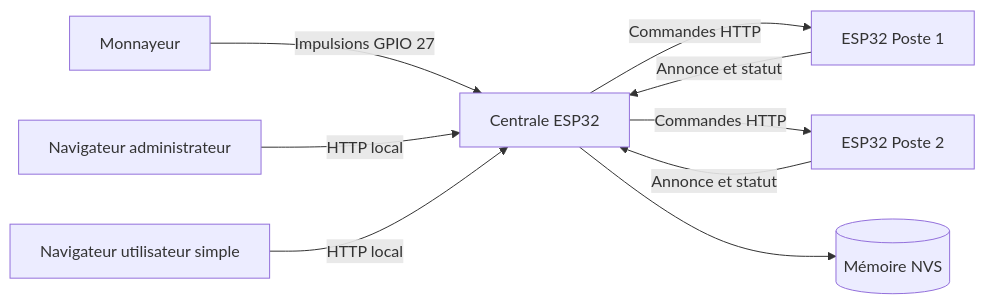
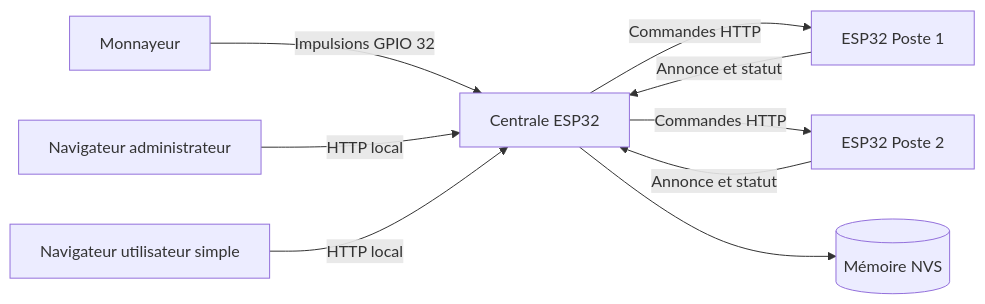
The diagram in central-esp32/README.md (abdelazizmezri/esp32-monnayeur-central-gameroom), drawn with Mermaid before and after one commit. The commit also changed other lines of this file and 1 other file, not shown here.

````diff
--- a/central-esp32/README.md
+++ b/central-esp32/README.md
@@ -46,11 +46,11 @@
 ```mermaid
 flowchart LR
-    Coin[Monnayeur] -->|Impulsions GPIO 27| Central[Centrale ESP32]
+    Coin[Monnayeur] -->|Impulsions GPIO 32| Central[Centrale ESP32]
     Admin[Navigateur administrateur] -->|HTTP local| Central
     User[Navigateur utilisateur simple] -->|HTTP local| Central
     Central -->|Commandes HTTP| Post1[ESP32 Poste 1]
     Central -->|Commandes HTTP| Post2[ESP32 Poste 2]
     Post1 -->|Annonce et statut| Central
     Post2 -->|Annonce et statut| Central
     Central --> NVS[(Mémoire NVS)]
 ```
````
